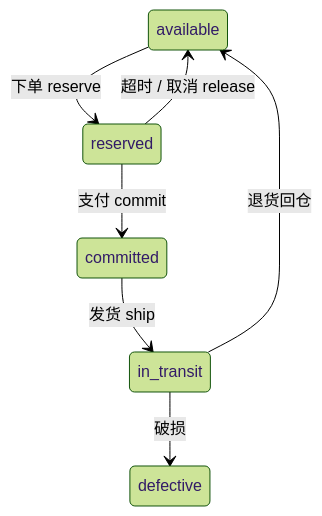
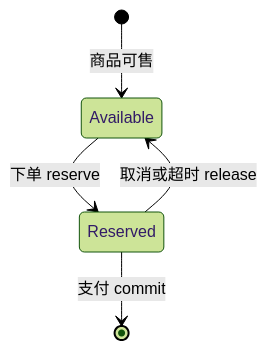
The first of 2 diagrams in docs/lecture/07-inventory.md (RedInn7/gomall), drawn with Mermaid (forest theme) before and after one commit. The commit also changed other lines of this file and 2 other files, not shown here.

````diff
--- a/docs/lecture/07-inventory.md
+++ b/docs/lecture/07-inventory.md
@@ -157,9 +39,7 @@
 ```mermaid
 stateDiagram-v2
-    available --> reserved: 下单 reserve
-    reserved --> committed: 支付 commit
-    reserved --> available: 超时 / 取消 release
-    committed --> in_transit: 发货 ship
-    in_transit --> available: 退货回仓
-    in_transit --> defective: 破损
+    [*] --> Available: 商品可售
+    Available --> Reserved: 下单 reserve
+    Reserved --> [*]: 支付 commit
+    Reserved --> Available: 取消或超时 release
 ```
````
